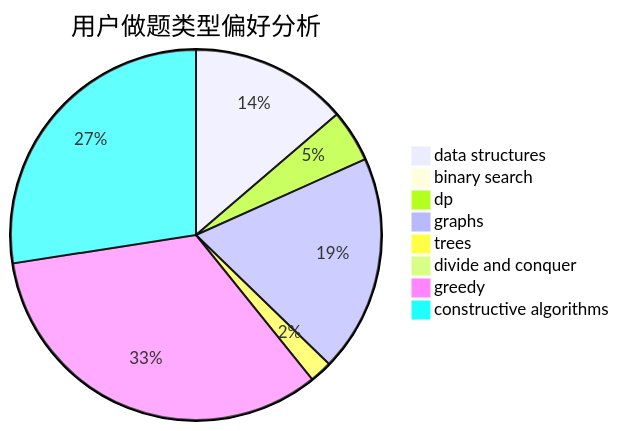
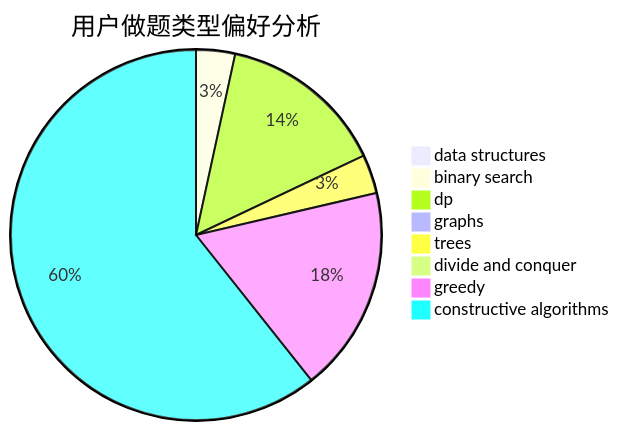
The second of 3 diagrams in docs/user/u2317.md (sherpahu/cfrs.github.io), drawn with Mermaid before and after one commit. The commit also changed other lines of this file and 2770 other files, not shown here.

````diff
--- a/docs/user/u2317.md
+++ b/docs/user/u2317.md
@@ -23,11 +23,11 @@
 ```mermaid
 pie title 用户做题类型偏好分析
-    "data structures" :  21
-    "binary search" :  0
-    "dp" :  7
-    "graphs" :  29
-    "trees" :  3
+    "data structures" :  0
+    "binary search" :  7
+    "dp" :  30
+    "graphs" :  2
+    "trees" :  7
     "divide and conquer" :  0
-    "greedy" :  51
-    "constructive algorithms" :  42
+    "greedy" :  37
+    "constructive algorithms" :  125
 ```
````
